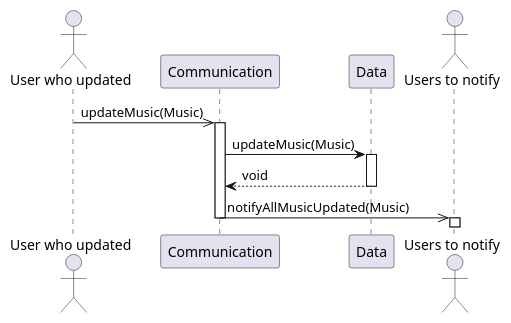
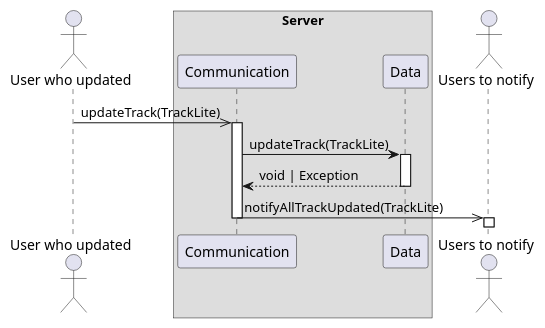
One commit to UTCAI12/Diagrams changed the diagram in sequence/2.3.update_music_file_server.puml. Above: the diagram before and after it, drawn with PlantUML. The commit also changed 4 other files, not shown here.

Commit message:
Utilisation des classes du diagramme

```diff
--- a/sequence/2.3.update_music_file_server.puml
+++ b/sequence/2.3.update_music_file_server.puml
@@ -1,18 +1,20 @@
-@startuml Edit Music (server side)
+@startuml Edit Track (server side)
 actor "User who updated" as User1
-participant Communication
-participant Data
+box Server
+    participant Communication
+    participant Data
+end box
 actor "Users to notify" as User2
 
-User1 ->> Communication : updateMusic(Music)
+User1 ->> Communication : updateTrack(TrackLite)
 activate Communication
-Communication -> Data : updateMusic(Music)
+Communication -> Data : updateTrack(TrackLite)
 activate Data
-Data --> Communication : void
+Data --> Communication : void | Exception
 deactivate Data
 
-Communication ->> User2 : notifyAllMusicUpdated(Music)
+Communication ->> User2 : notifyAllTrackUpdated(TrackLite)
 deactivate Communication
 activate User2
 
 @enduml
```
